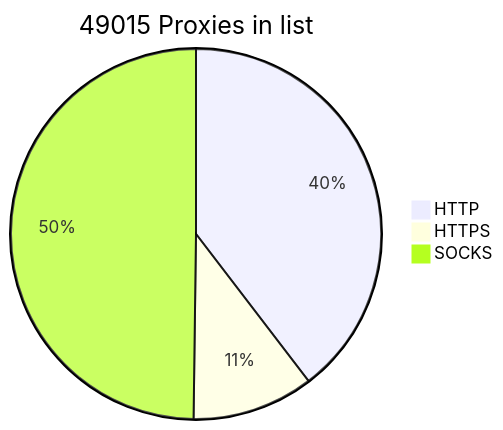
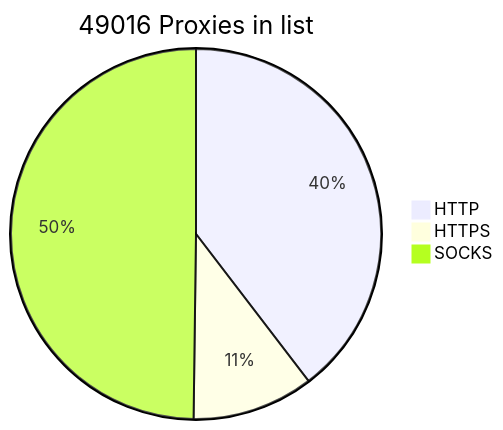
One commit to BlackSnowDot/proxylist-update-every-minute changed the diagram in README.md. Above: the diagram before and after it, drawn with Mermaid.

````diff
--- a/README.md
+++ b/README.md
@@ -2,6 +2,6 @@
 ```mermaid
-pie title 49015 Proxies in list
+pie title 49016 Proxies in list
     "HTTP" : 21424
     "HTTPS": 5739
-    "SOCKS" : 26937
+    "SOCKS" : 26938
 ```
````
